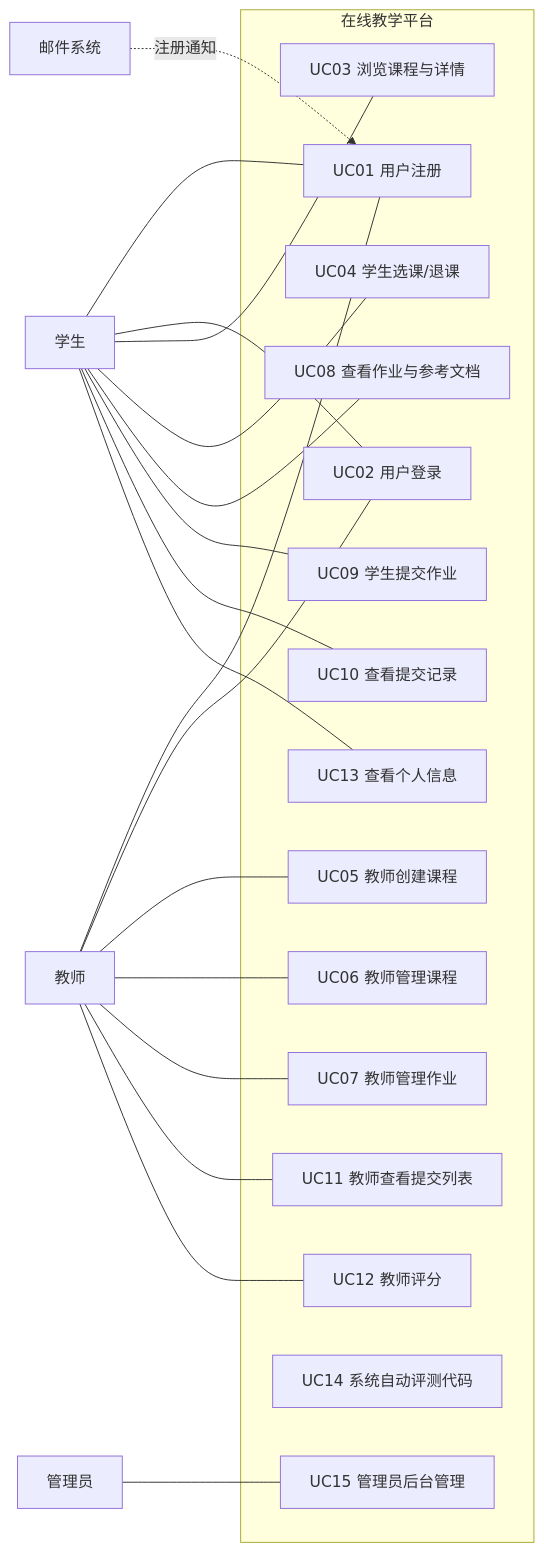
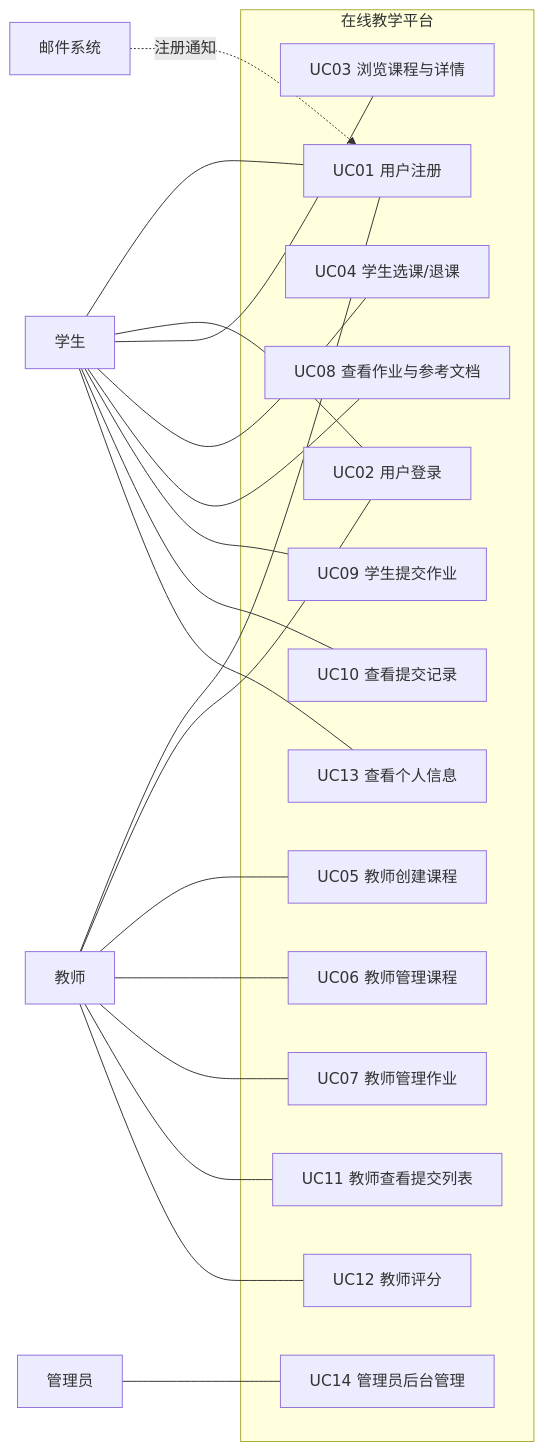
Before and after one commit to jijia-hui/-: the diagram in 02_docs/需求说明书/业务场景用例清单_v1.md, drawn with Mermaid. The commit also changed other lines of this file and 18 other files, not shown here.

````diff
--- a/02_docs/需求说明书/业务场景用例清单_v1.md
+++ b/02_docs/需求说明书/业务场景用例清单_v1.md
@@ -27,24 +27,23 @@
 ```mermaid
 graph LR
   subgraph 在线教学平台
     UC01[UC01 用户注册]
     UC02[UC02 用户登录]
     UC03[UC03 浏览课程与详情]
     UC04[UC04 学生选课/退课]
     UC05[UC05 教师创建课程]
     UC06[UC06 教师管理课程]
     UC07[UC07 教师管理作业]
     UC08[UC08 查看作业与参考文档]
     UC09[UC09 学生提交作业]
     UC10[UC10 查看提交记录]
     UC11[UC11 教师查看提交列表]
     UC12[UC12 教师评分]
     UC13[UC13 查看个人信息]
-    UC14[UC14 系统自动评测代码]
-    UC15[UC15 管理员后台管理]
+    UC14[UC14 管理员后台管理]
   end
   学生 --- UC01 & UC02 & UC03 & UC04 & UC08 & UC09 & UC10 & UC13
   教师 --- UC01 & UC02 & UC05 & UC06 & UC07 & UC11 & UC12
-  管理员 --- UC15
+  管理员 --- UC14
   邮件系统 -. 注册通知 .-> UC01
 ```
````
